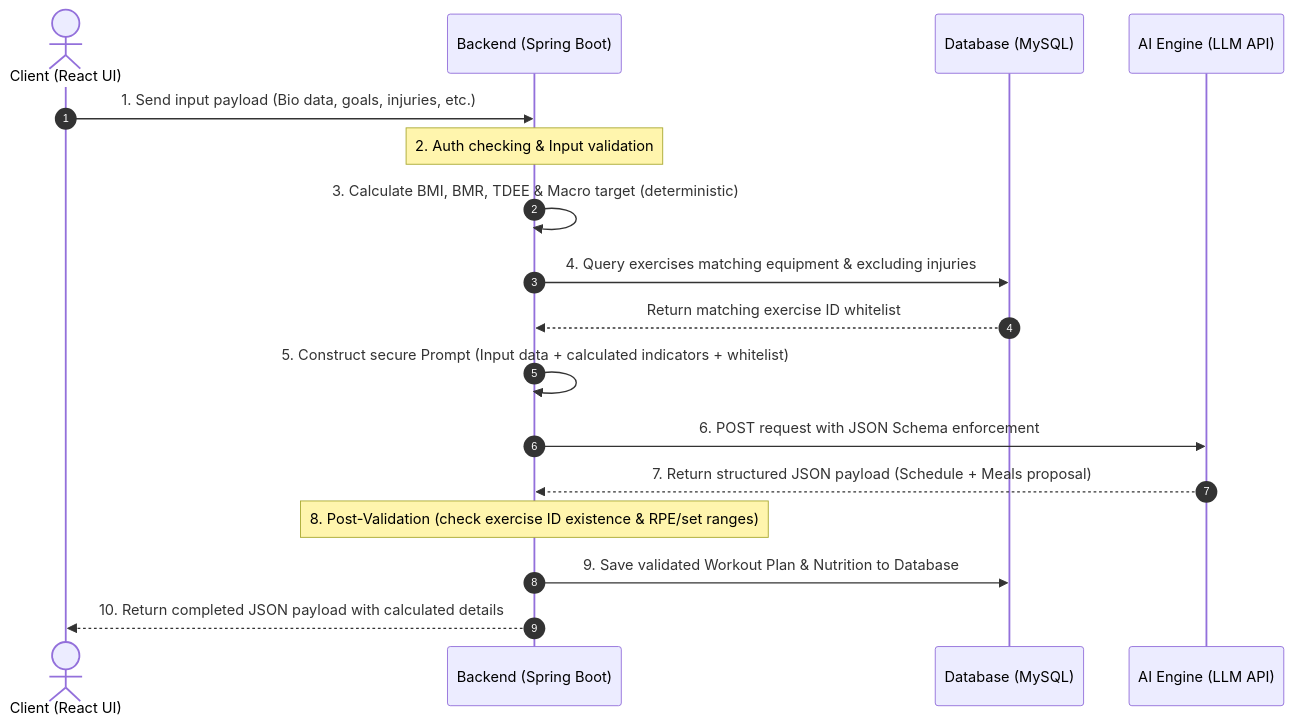
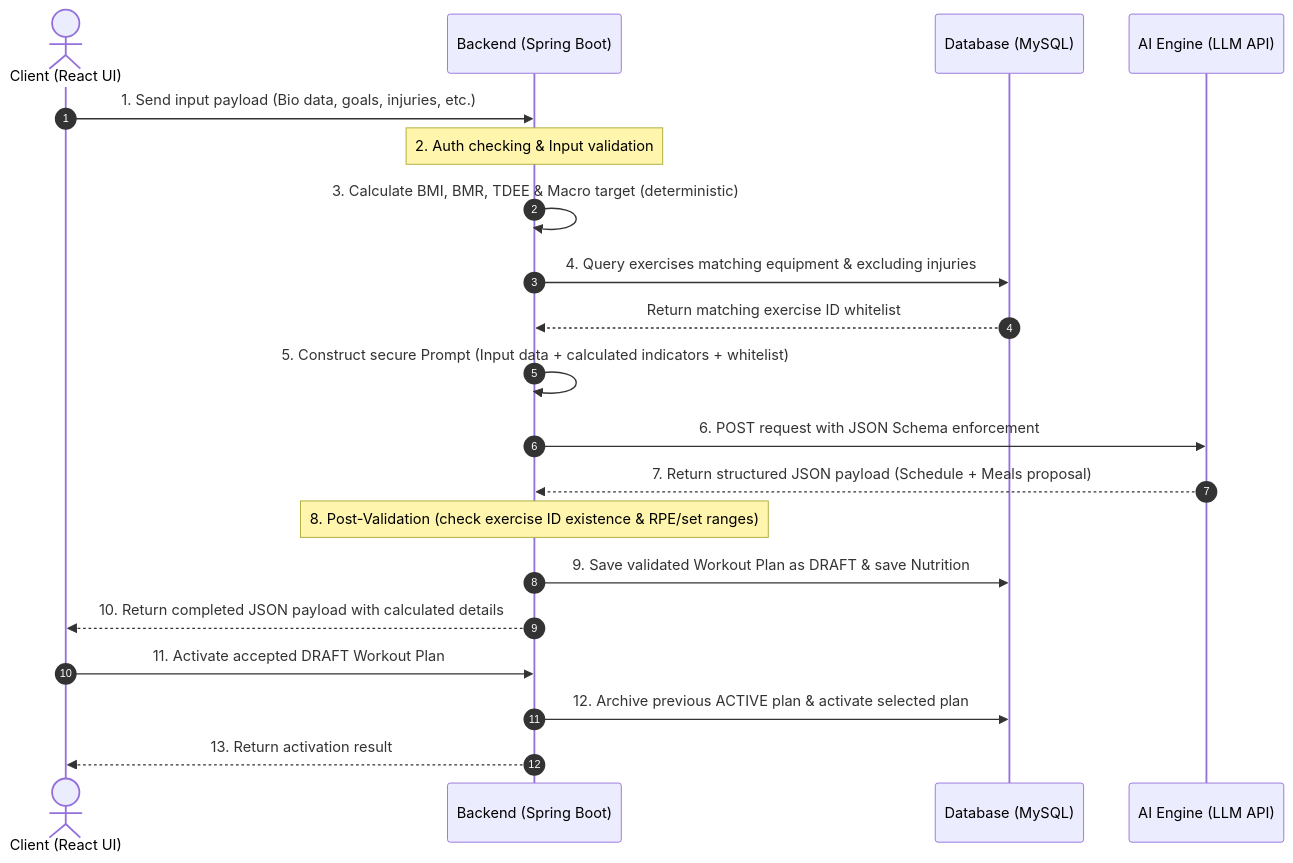
One commit to hthinh94-dev/smart-gym-management changed the diagram in docs/03-functional-requirements.md. Above: the diagram before and after it, drawn with Mermaid. The commit also changed other lines of this file and 8 other files, not shown here.

````diff
--- a/docs/03-functional-requirements.md
+++ b/docs/03-functional-requirements.md
@@ -16,20 +16,23 @@
 ```mermaid
 sequenceDiagram
     autonumber
     actor Client as Client (React UI)
     participant Backend as Backend (Spring Boot)
     participant DB as Database (MySQL)
     participant AI as AI Engine (LLM API)
 
     Client->>Backend: 1. Send input payload (Bio data, goals, injuries, etc.)
     Note over Backend: 2. Auth checking & Input validation
     Backend->>Backend: 3. Calculate BMI, BMR, TDEE & Macro target (deterministic)
     Backend->>DB: 4. Query exercises matching equipment & excluding injuries
     DB-->>Backend: Return matching exercise ID whitelist
     Backend->>Backend: 5. Construct secure Prompt (Input data + calculated indicators + whitelist)
     Backend->>AI: 6. POST request with JSON Schema enforcement
     AI-->>Backend: 7. Return structured JSON payload (Schedule + Meals proposal)
     Note over Backend: 8. Post-Validation (check exercise ID existence & RPE/set ranges)
-    Backend->>DB: 9. Save validated Workout Plan & Nutrition to Database
+    Backend->>DB: 9. Save validated Workout Plan as DRAFT & save Nutrition
     Backend-->>Client: 10. Return completed JSON payload with calculated details
+    Client->>Backend: 11. Activate accepted DRAFT Workout Plan
+    Backend->>DB: 12. Archive previous ACTIVE plan & activate selected plan
+    Backend-->>Client: 13. Return activation result
 ```
````
